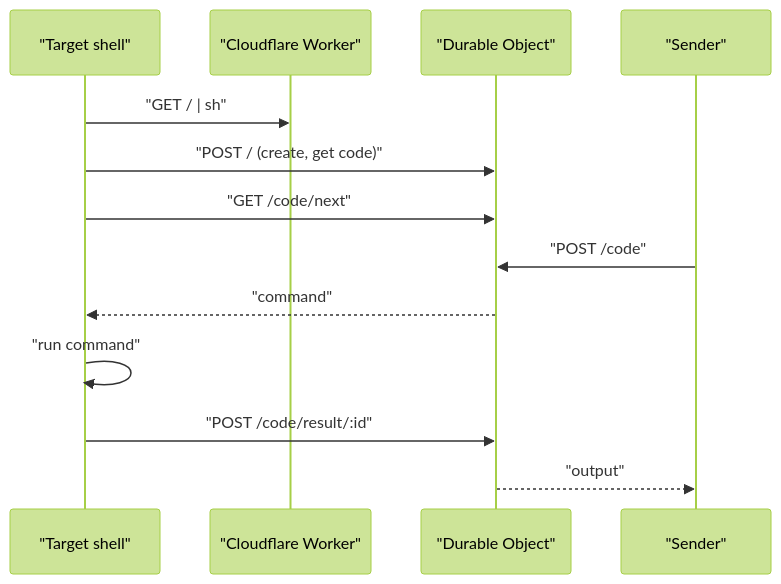
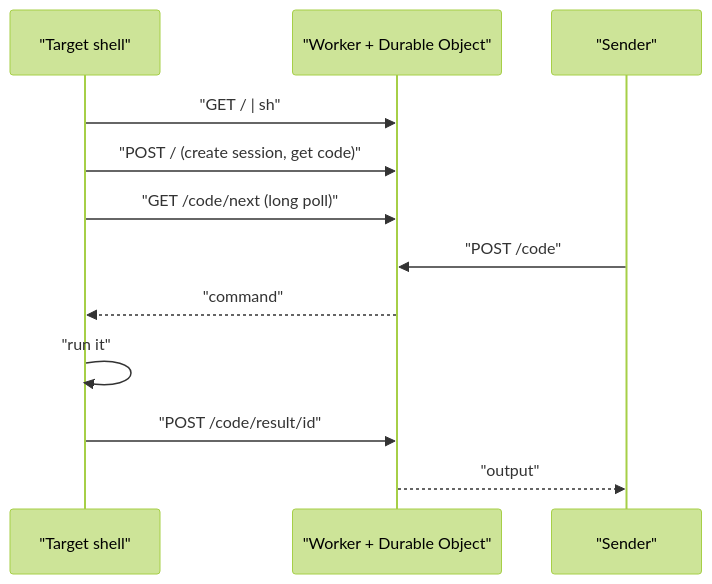
Before and after one commit to Stoffbergie/reach: the diagram in README.md, drawn with Mermaid (forest theme). The commit also changed other lines of this file, not shown here.

````diff
--- a/README.md
+++ b/README.md
@@ -87,16 +120,15 @@
 ```mermaid
 sequenceDiagram
     participant Target as "Target shell"
-    participant Worker as "Cloudflare Worker"
-    participant Session as "Durable Object"
+    participant Session as "Worker + Durable Object"
     participant Sender as "Sender"
 
-    Target->>Worker: "GET / | sh"
-    Target->>Session: "POST / (create, get code)"
-    Target->>Session: "GET /code/next"
+    Target->>Session: "GET / | sh"
+    Target->>Session: "POST / (create session, get code)"
+    Target->>Session: "GET /code/next (long poll)"
     Sender->>Session: "POST /code"
     Session-->>Target: "command"
-    Target->>Target: "run command"
-    Target->>Session: "POST /code/result/:id"
+    Target->>Target: "run it"
+    Target->>Session: "POST /code/result/id"
     Session-->>Sender: "output"
 ```
````
